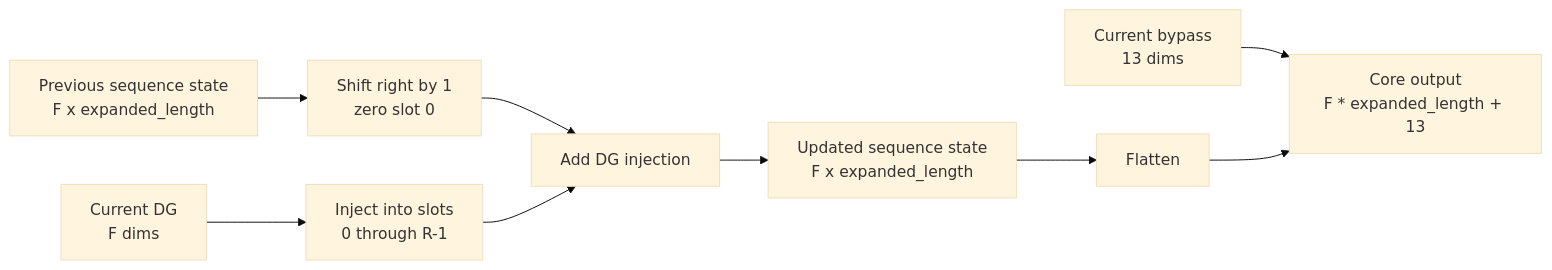
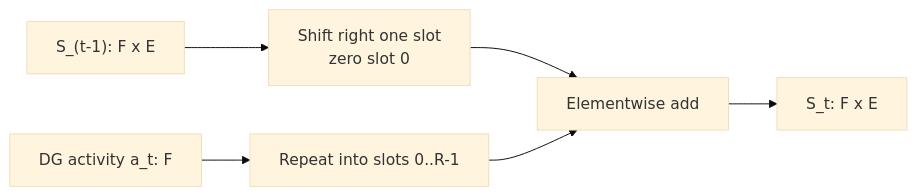
Before and after one commit to xiaoxionglin/IntrMotiv: the second of 4 diagrams in 04_implementation/current_hrl_architecture_summary.md, drawn with Mermaid (base theme). The commit also changed other lines of this file and 14 other files, not shown here.

Commit message:
docs: add IntrMotiv HRL architecture and batch records

````diff
--- a/04_implementation/current_hrl_architecture_summary.md
+++ b/04_implementation/current_hrl_architecture_summary.md
@@ -131,11 +243,8 @@
 ```mermaid
 flowchart LR
-    DGt["Current DG<br/>F dims"] --> Inject["Inject into slots<br/>0 through R-1"]
-    Prev["Previous sequence state<br/>F x expanded_length"] --> Shift["Shift right by 1<br/>zero slot 0"]
-    Shift --> Add["Add DG injection"]
-    Inject --> Add
-    Add --> Seq["Updated sequence state<br/>F x expanded_length"]
-    Seq --> Flat["Flatten"]
-    Bypass["Current bypass<br/>13 dims"] --> Out
-    Flat --> Out["Core output<br/>F * expanded_length + 13"]
+    OLD["S_(t-1): F x E"] --> SHIFT["Shift right one slot<br/>zero slot 0"]
+    A["DG activity a_t: F"] --> INJECT["Repeat into slots 0..R-1"]
+    SHIFT --> ADD["Elementwise add"]
+    INJECT --> ADD
+    ADD --> NEW["S_t: F x E"]
 ```
````
